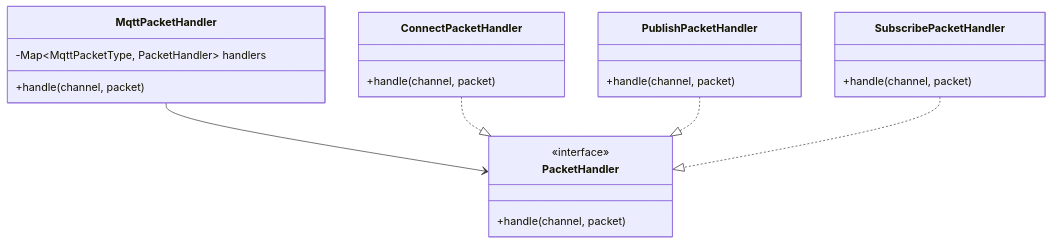
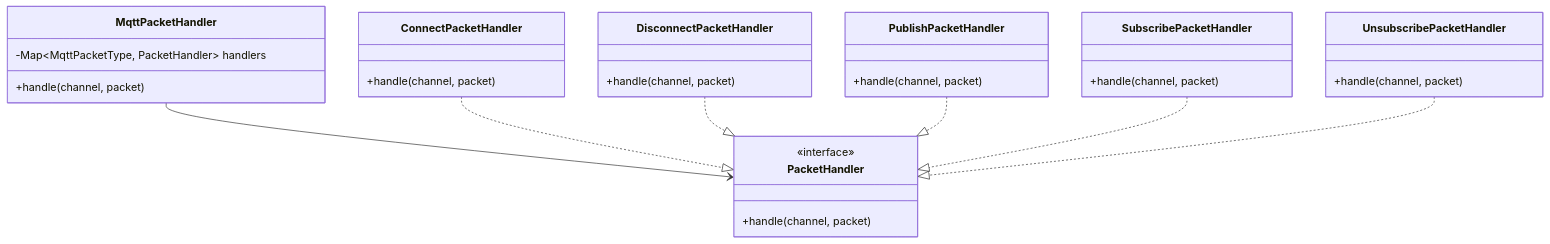
The fourth of 8 diagrams in README.md (karolbystrek/mqtt-broker), drawn with Mermaid before and after one commit. The commit also changed other lines of this file, not shown here.

Commit message:
Updated Diagrams

````diff
--- a/README.md
+++ b/README.md
@@ -136,25 +141,34 @@
 ```mermaid
 classDiagram
     class MqttPacketHandler {
         -Map~MqttPacketType, PacketHandler~ handlers
         +handle(channel, packet)
     }
     class PacketHandler {
         <<interface>>
         +handle(channel, packet)
     }
     class ConnectPacketHandler {
         +handle(channel, packet)
     }
+    class DisconnectPacketHandler {
+        +handle(channel, packet)
+    }
+ 
     class PublishPacketHandler {
         +handle(channel, packet)
     }
     class SubscribePacketHandler {
         +handle(channel, packet)
     }
+    class UnsubscribePacketHandler {
+        +handle(channel, packet)
+    }
     
     MqttPacketHandler --> PacketHandler
     ConnectPacketHandler ..|> PacketHandler
+    DisconnectPacketHandler ..|> PacketHandler
     PublishPacketHandler ..|> PacketHandler
     SubscribePacketHandler ..|> PacketHandler
+    UnsubscribePacketHandler ..|> PacketHandler
 ```
````
